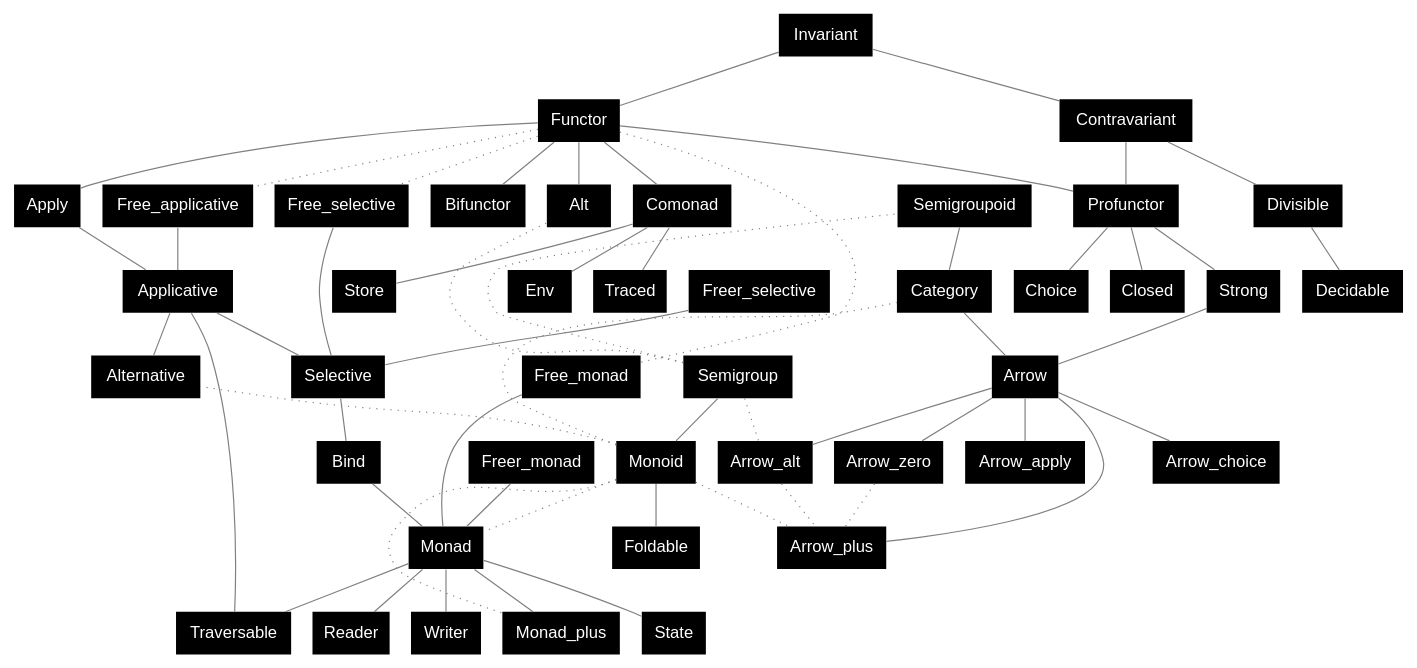
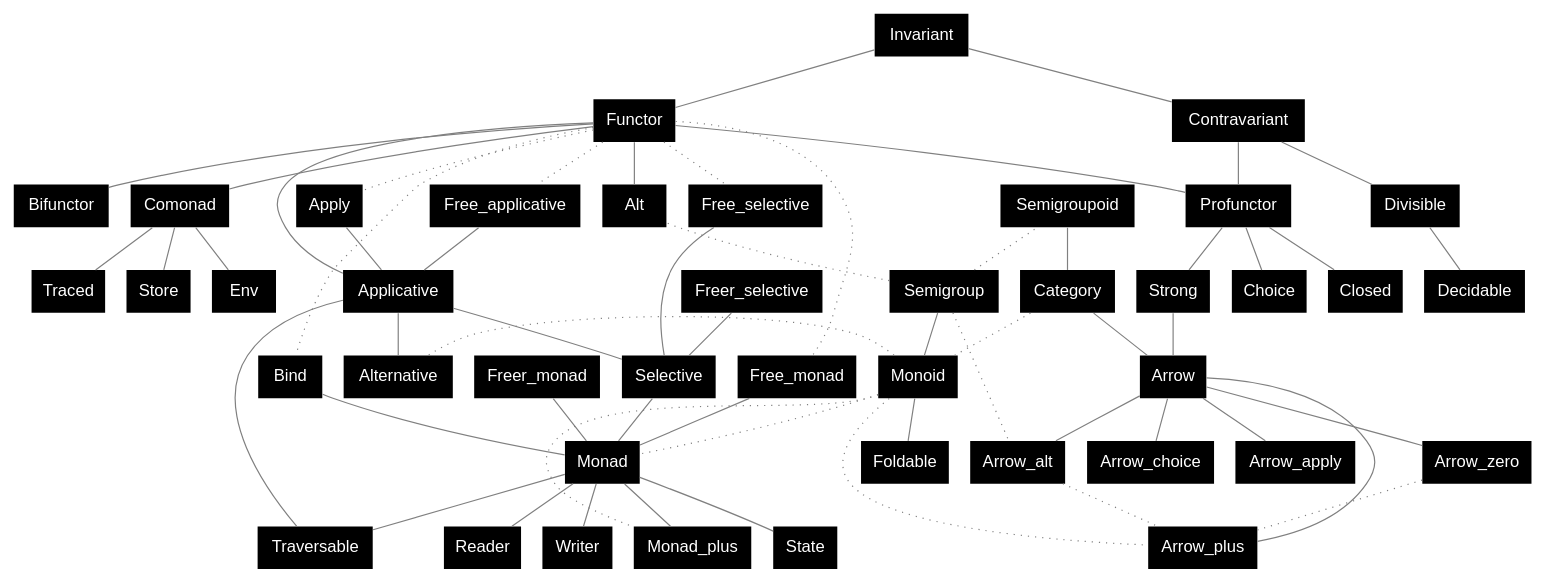
One commit to xvw/preface changed the diagram in .github/dot/specs.dot. Above: the diagram before and after it, drawn with Graphviz.

Commit message:
Update: Review documentation

```diff
--- a/.github/dot/specs.dot
+++ b/.github/dot/specs.dot
@@ -1,70 +1,74 @@
 graph {
         node [shape=plaintext; fontname = "Helvetica"; style=filled; fillcolor=black; fontcolor=white];
         edge [color = gray];
 
         Invariant;
         Invariant -- Functor;
         Invariant -- Contravariant;
         Contravariant;
         Divisible;
         Decidable;
-        Functor -- Apply -- Applicative -- Selective -- Bind -- Monad;
+        Functor -- Applicative -- Selective -- Monad;
+        Functor -- Apply [style=dotted; arrowhead=none; constraint=false];
+        Apply -- Applicative;
+        Bind -- Monad;
+        Functor -- Bind [style=dotted; arrowhead=none; constraint=false];
         Applicative -- Alternative;
         Monad -- Monad_plus;
         Functor -- Alt;
         Functor -- Comonad;
         
         Semigroup -- Monoid;
         Monoid -- Alternative [style=dotted; arrowhead=none; constraint=false];
         Monoid -- Monad_plus [style=dotted; arrowhead=none; constraint=false];
         Semigroup -- Alt [style=dotted; arrowhead=none; constraint=false];
         Monoid -- Monad [style=dotted; arrowhead=none];
         Monoid -- Foldable;
 
         Functor -- Free_selective [style=dotted; arrowhead=none];
         Functor -- Free_applicative [style=dotted; arrowhead=none];
         Functor -- Free_monad [style=dotted; arrowhead=none];
         
         Free_selective -- Selective;
         Freer_selective -- Selective;
         Free_applicative -- Applicative;
         Free_monad -- Monad;
         Freer_monad -- Monad;
 
         Profunctor;
         Bifunctor;
 
         Contravariant -- Divisible -- Decidable;
         Contravariant -- Profunctor;
         Functor -- Profunctor;
         Functor -- Bifunctor;
 
         Monad -- State;
         Monad -- Reader;
         Monad -- Writer;
 
         Comonad -- Store;
         Comonad -- Env;
         Comonad -- Traced;
 
         Applicative -- Traversable;
         Monad -- Traversable;
 
         Semigroup -- Semigroupoid [style=dotted; arrowhead=none; constraint=false];
         Monoid -- Category [style=dotted; arrowhead=none; constraint=false];
         Semigroupoid -- Category
         Category -- Arrow;
         Profunctor -- Strong;
         Profunctor -- Choice;
         Profunctor -- Closed;
         Strong -- Arrow;
         Arrow -- Arrow_zero;
         Arrow -- Arrow_alt;
         Arrow -- Arrow_plus;
         Arrow -- Arrow_choice;
         Arrow -- Arrow_apply;
         Arrow_zero -- Arrow_plus [style=dotted; arrowhead=none];
         Arrow_alt -- Arrow_plus [style=dotted; arrowhead=none];
         Monoid -- Arrow_plus [style=dotted; arrowhead=none];
         Semigroup -- Arrow_alt [style=dotted; arrowhead=none];
 }
```
